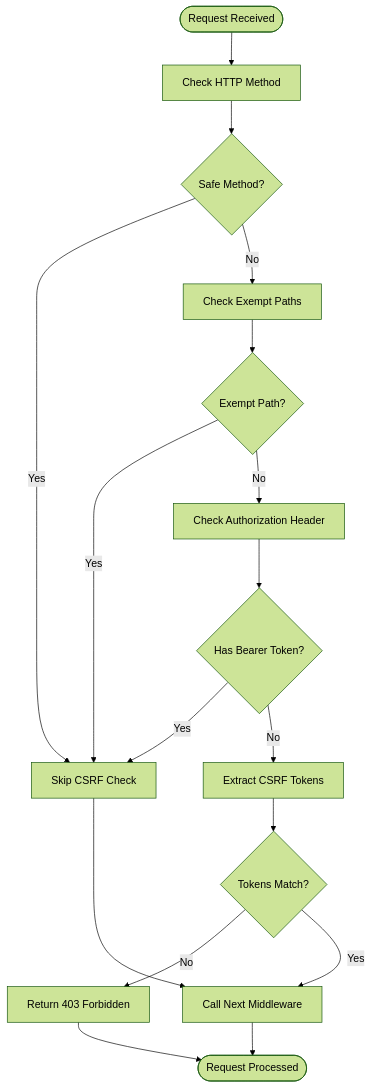
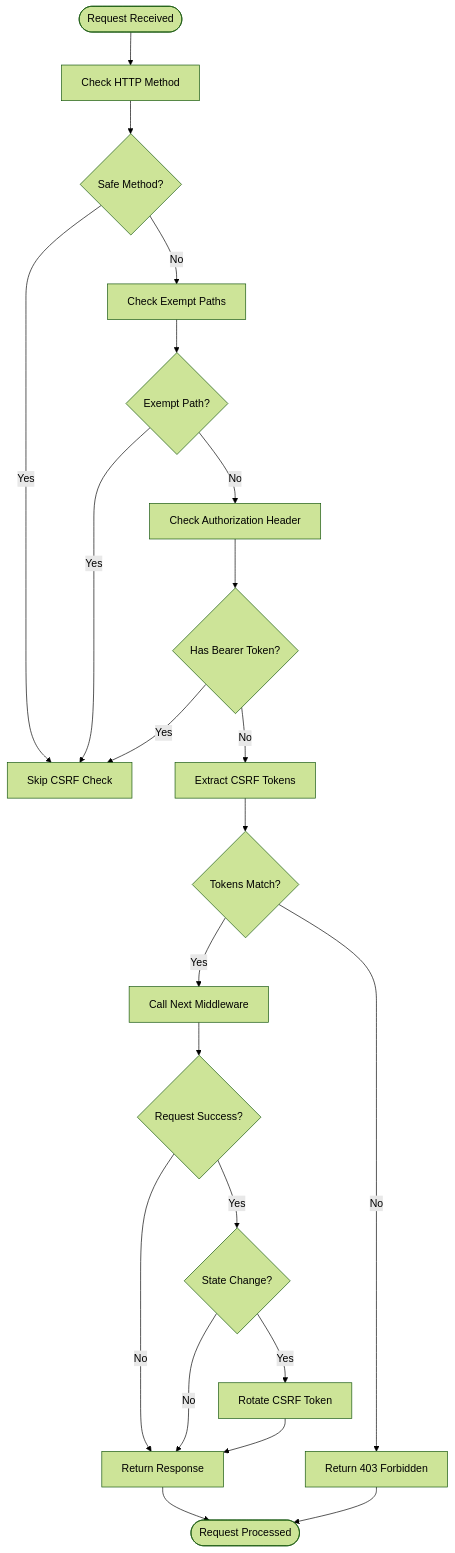
Before and after one commit to Revanththetalogics/aireume: the fourth of 7 diagrams in .qoder/repowiki/en/content/Advanced Topics/Security Hardening/CSRF Protection Middleware.md, drawn with Mermaid (forest theme). The commit also changed other lines of this file and 33 other files, not shown here.

````diff
--- a/.qoder/repowiki/en/content/Advanced Topics/Security Hardening/CSRF Protection Middleware.md
+++ b/.qoder/repowiki/en/content/Advanced Topics/Security Hardening/CSRF Protection Middleware.md
@@ -156,19 +170,24 @@
 ```mermaid
 flowchart TD
 Start([Request Received]) --> CheckMethod["Check HTTP Method"]
 CheckMethod --> IsSafe{"Safe Method?"}
 IsSafe --> |Yes| SkipCSRF["Skip CSRF Check"]
 IsSafe --> |No| CheckExempt["Check Exempt Paths"]
 CheckExempt --> IsExempt{"Exempt Path?"}
 IsExempt --> |Yes| SkipCSRF
 IsExempt --> |No| CheckAuth["Check Authorization Header"]
 CheckAuth --> HasAuth{"Has Bearer Token?"}
 HasAuth --> |Yes| SkipCSRF
 HasAuth --> |No| ExtractTokens["Extract CSRF Tokens"]
 ExtractTokens --> ValidateTokens{"Tokens Match?"}
 ValidateTokens --> |No| Return403["Return 403 Forbidden"]
 ValidateTokens --> |Yes| CallNext["Call Next Middleware"]
-SkipCSRF --> CallNext
-CallNext --> End([Request Processed])
+CallNext --> CheckSuccess{"Request Success?"}
+CheckSuccess --> |No| ReturnResponse["Return Response"]
+CheckSuccess --> |Yes| CheckStateChange{"State Change?"}
+CheckStateChange --> |No| ReturnResponse
+CheckStateChange --> |Yes| RotateToken["Rotate CSRF Token"]
+RotateToken --> ReturnResponse
+ReturnResponse --> End([Request Processed])
 Return403 --> End
 ```
````
